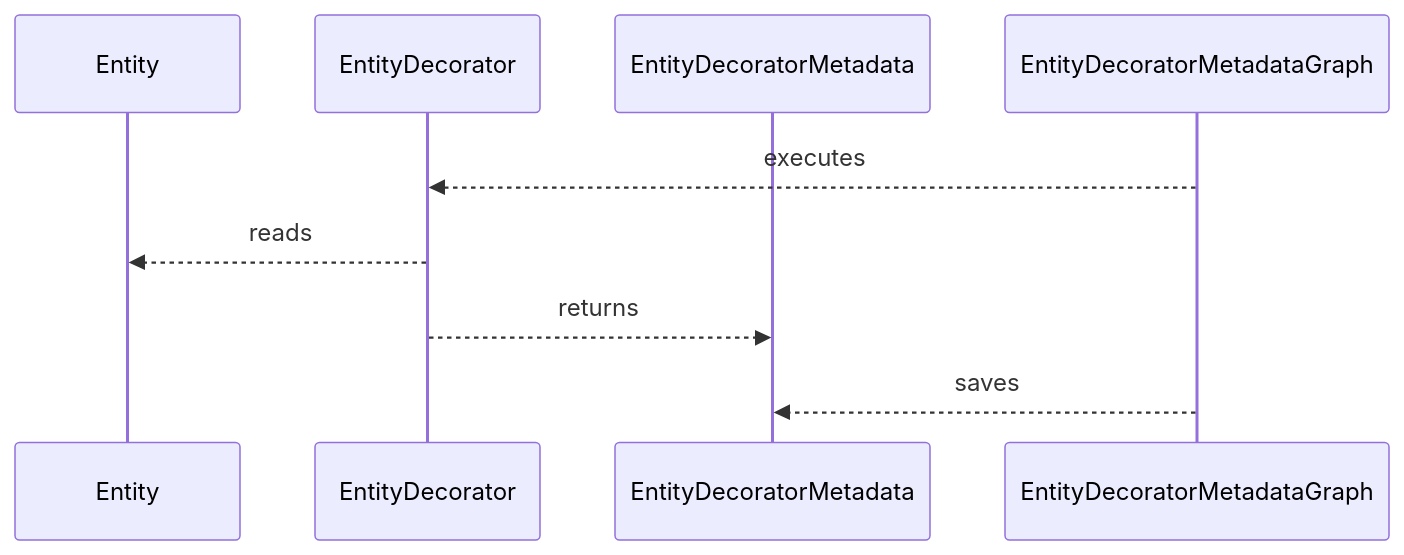
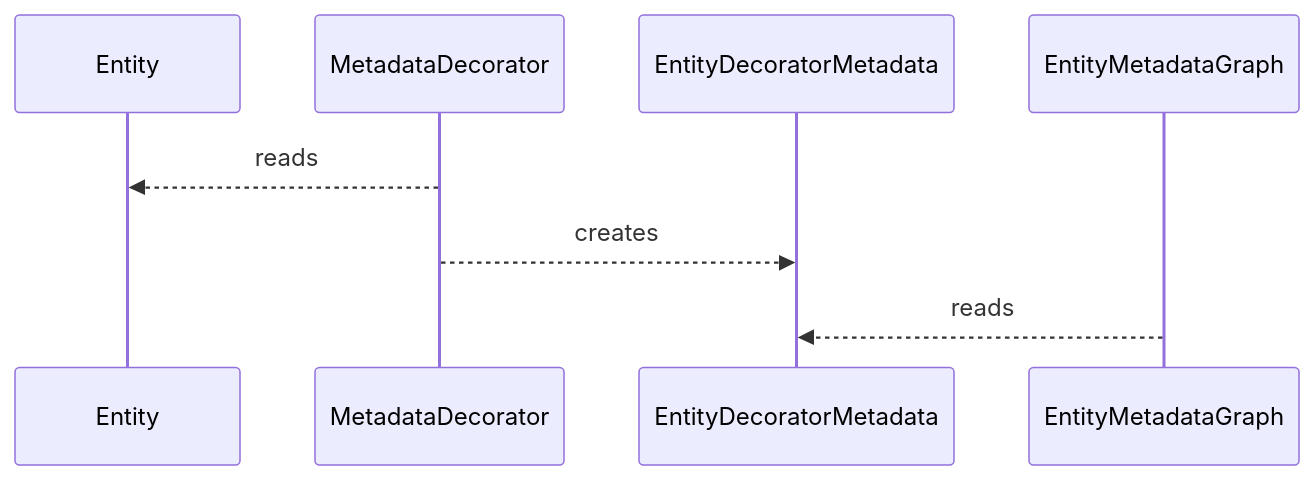
Before and after one commit to khalidhoffman/simple-orm: the second of 3 diagrams in docs/IMPLEMENTATION.md, drawn with Mermaid. The commit also changed other lines of this file, not shown here.

Commit message:
feat [docs] updates implementation diagrams

````diff
--- a/docs/IMPLEMENTATION.md
+++ b/docs/IMPLEMENTATION.md
@@ -27,13 +43,12 @@
 ```mermaid
 sequenceDiagram
 
 participant Entity 
-participant EntityDecorator 
+participant MetadataDecorator 
 participant EntityDecoratorMetadata
-participant EntityDecoratorMetadataGraph
+participant EntityMetadataGraph
 
-EntityDecoratorMetadataGraph-->>EntityDecorator: executes
-EntityDecorator -->> Entity: reads
-EntityDecorator -->> EntityDecoratorMetadata: returns
-EntityDecoratorMetadataGraph -->> EntityDecoratorMetadata: saves
+MetadataDecorator -->> Entity: reads
+MetadataDecorator -->> EntityDecoratorMetadata: creates
+EntityMetadataGraph -->> EntityDecoratorMetadata: reads
 ```
````
